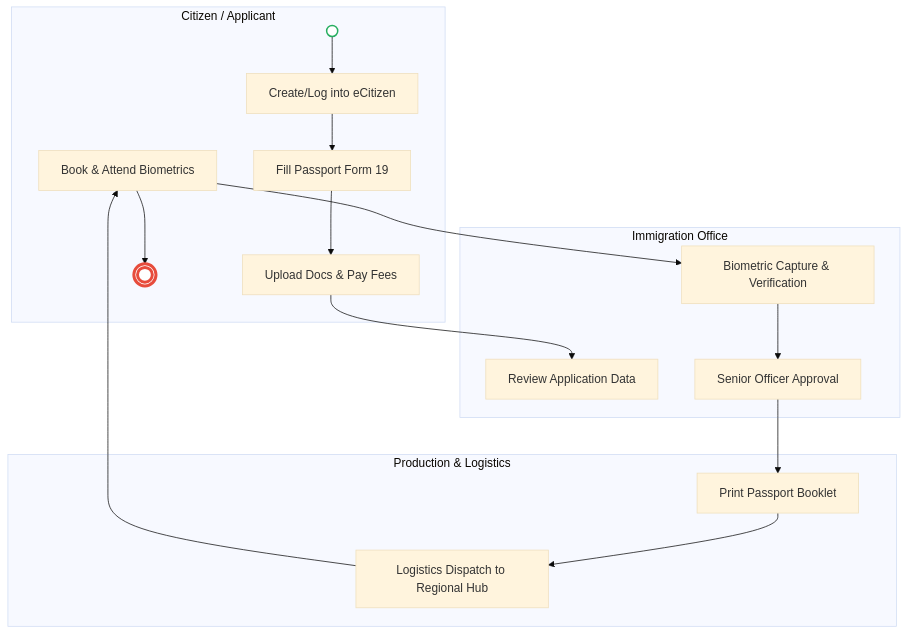
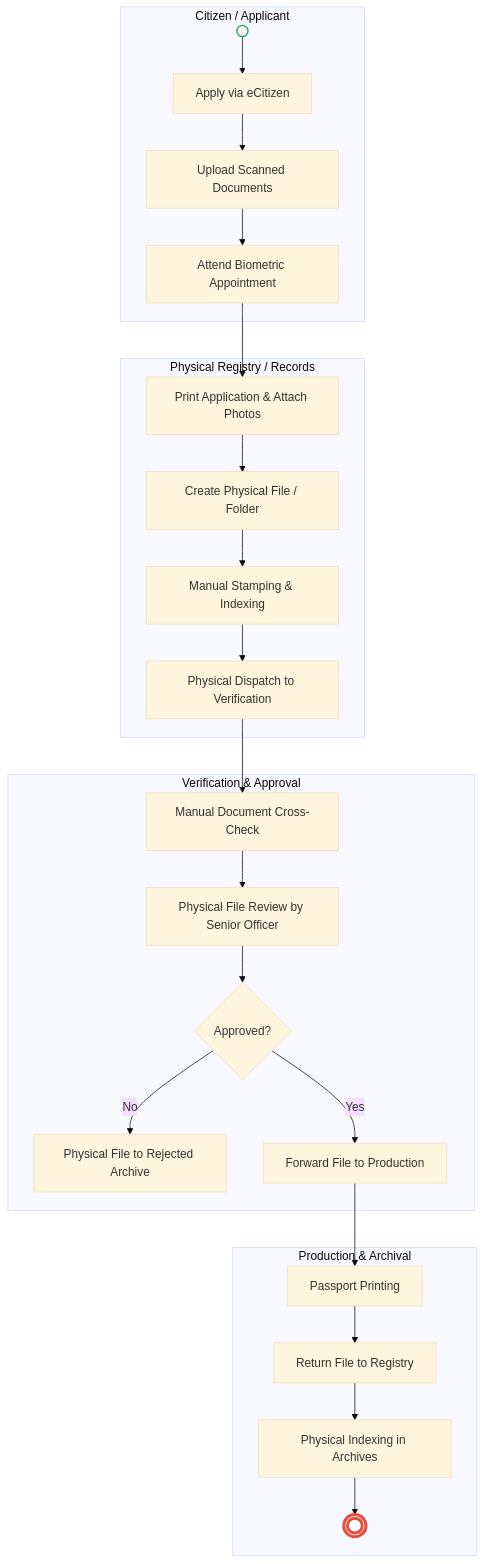
Before and after one commit to BITZ-IT-Consulting-LTD/ictapoc: the first of 2 diagrams in mdas/docs_final/STATE_DEPARTMENT_FOR_IMMIGRATION_AND_CITIZEN_SERVICES___Passport_Application.md, drawn with Mermaid (base theme). The commit also changed other lines of this file and 42 other files, not shown here.

````diff
--- a/mdas/docs_final/STATE_DEPARTMENT_FOR_IMMIGRATION_AND_CITIZEN_SERVICES___Passport_Application.md
+++ b/mdas/docs_final/STATE_DEPARTMENT_FOR_IMMIGRATION_AND_CITIZEN_SERVICES___Passport_Application.md
@@ -33,24 +24,33 @@
 ```mermaid
 flowchart TD
-    subgraph Citizen["Citizen / Applicant"]
-        Start(( )) --> A1[Create/Log into eCitizen]
-        A1 --> A2[Fill Passport Form 19]
-        A2 --> A3[Upload Docs & Pay Fees]
-        A6[Book & Attend Biometrics] --> End((( )))
+    subgraph Applicant["Citizen / Applicant"]
+        Start(( )) --> A1[Apply via eCitizen]
+        A1 --> A2[Upload Scanned Documents]
+        A2 --> A3[Attend Biometric Appointment]
     end
 
-    subgraph Office["Immigration Office"]
-        A3 --> B1[Review Application Data]
-        A6 --> B2[Biometric Capture & Verification]
-        B2 --> B3[Senior Officer Approval]
+    subgraph Registry["Physical Registry / Records"]
+        A3 --> B1[Print Application & Attach Photos]
+        B1 --> B2[Create Physical File / Folder]
+        B2 --> B3[Manual Stamping & Indexing]
+        B3 --> B4[Physical Dispatch to Verification]
     end
 
-    subgraph Hub["Production & Logistics"]
-        B3 --> C1[Print Passport Booklet]
-        C1 --> C2[Logistics Dispatch to Regional Hub]
-        C2 --> A6
+    subgraph Verification["Verification & Approval"]
+        B4 --> C1[Manual Document Cross-Check]
+        C1 --> C2[Physical File Review by Senior Officer]
+        C2 --> C3{Approved?}
+        C3 -- No --> C4[Physical File to Rejected Archive]
+        C3 -- Yes --> C5[Forward File to Production]
+    end
+
+    subgraph Issuance["Production & Archival"]
+        C5 --> D1[Passport Printing]
+        D1 --> D2[Return File to Registry]
+        D2 --> D3[Physical Indexing in Archives]
+        D3 --> End((( )))
     end
 
     style Start fill:#fff,stroke:#27ae60,stroke-width:2px
     style End fill:#fff,stroke:#e74c3c,stroke-width:4px
 ```
````
